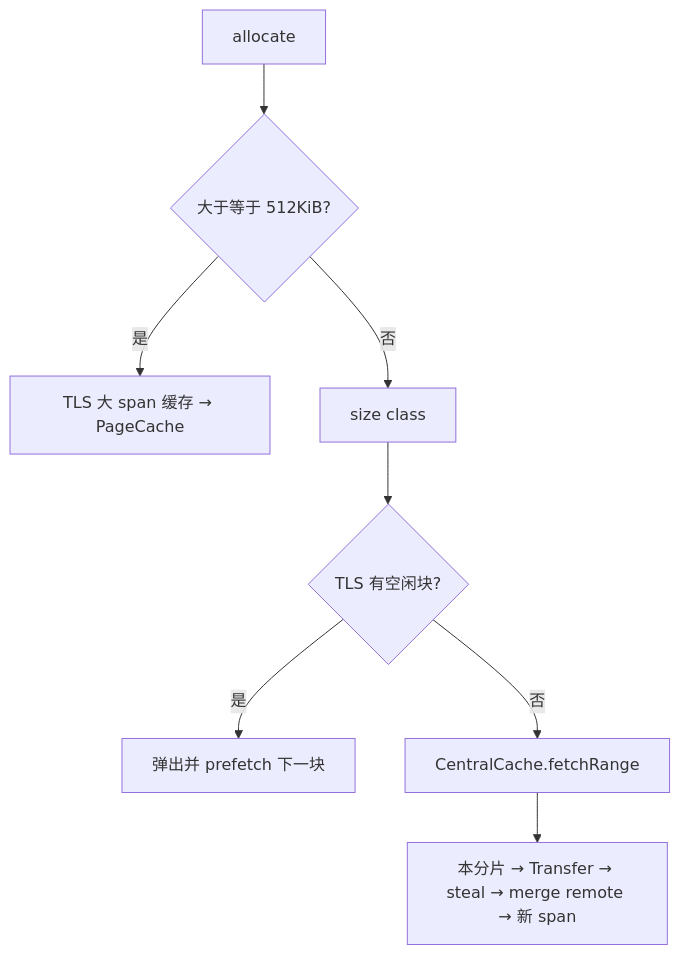
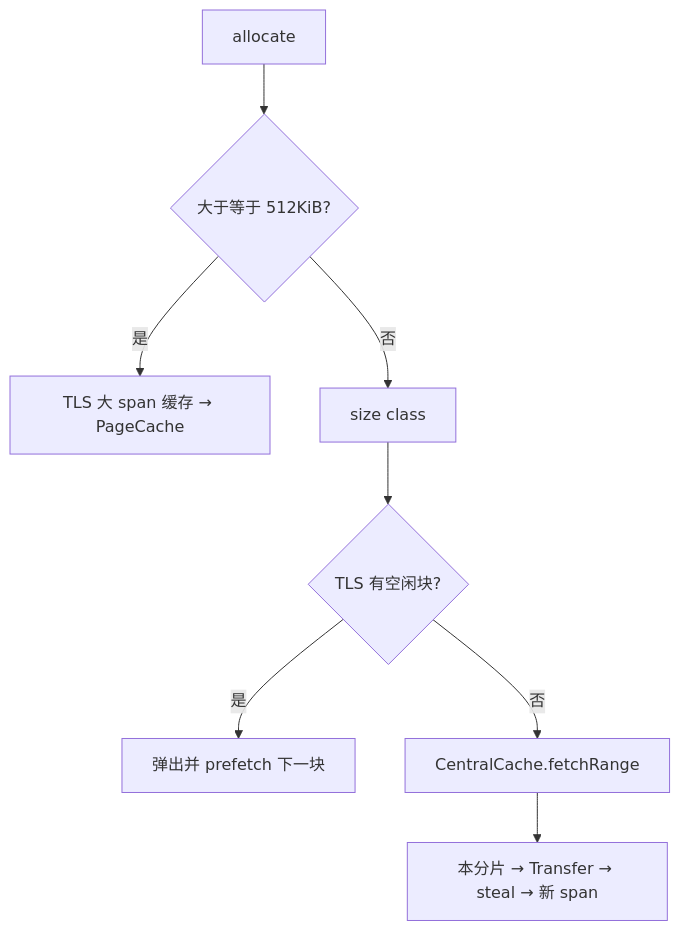
One commit to xmd-hs/my-MemoryPool changed the second of 3 diagrams in README.md. Above: the diagram before and after it, drawn with Mermaid. The commit also changed other lines of this file and 33 other files, not shown here.

````diff
--- a/README.md
+++ b/README.md
@@ -153,10 +162,10 @@
 ```mermaid
 flowchart TD
     A[allocate] --> B{大于等于 512KiB?}
     B -->|是| L[TLS 大 span 缓存 → PageCache]
     B -->|否| C[size class]
     C --> D{TLS 有空闲块?}
     D -->|是| E[弹出并 prefetch 下一块]
     D -->|否| F[CentralCache.fetchRange]
-    F --> G[本分片 → Transfer → steal → merge remote → 新 span]
+    F --> G[本分片 → Transfer → steal → 新 span]
 ```
````
